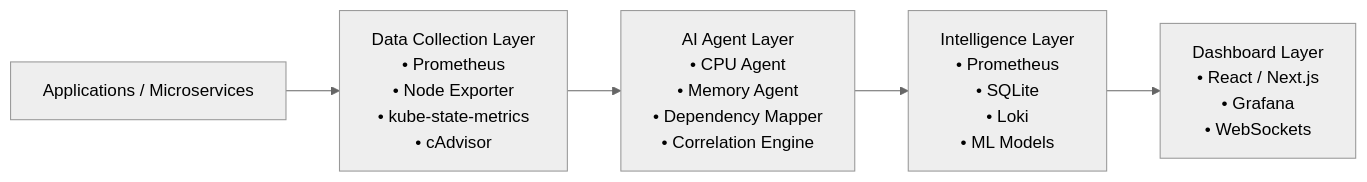
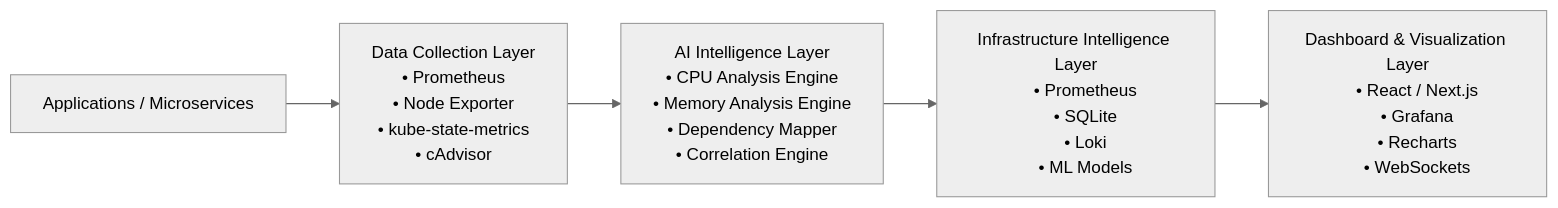
Before and after one commit to PodSageAI/PodSage-AI: the diagram in README.md, drawn with Mermaid (neutral theme). The commit also changed other lines of this file, not shown here.

````diff
--- a/README.md
+++ b/README.md
@@ -44,33 +73,34 @@
 ```mermaid
 flowchart LR
 
     A["Applications / Microservices"]
 
     B["Data Collection Layer
     • Prometheus
     • Node Exporter
     • kube-state-metrics
     • cAdvisor"]
 
-    C["AI Agent Layer
-    • CPU Agent
-    • Memory Agent
+    C["AI Intelligence Layer
+    • CPU Analysis Engine
+    • Memory Analysis Engine
     • Dependency Mapper
     • Correlation Engine"]
 
-    D["Intelligence Layer
+    D["Infrastructure Intelligence Layer
     • Prometheus
     • SQLite
     • Loki
     • ML Models"]
 
-    E["Dashboard Layer
+    E["Dashboard & Visualization Layer
     • React / Next.js
     • Grafana
+    • Recharts
     • WebSockets"]
 
     A --> B
     B --> C
     C --> D
     D --> E
 ```
````
